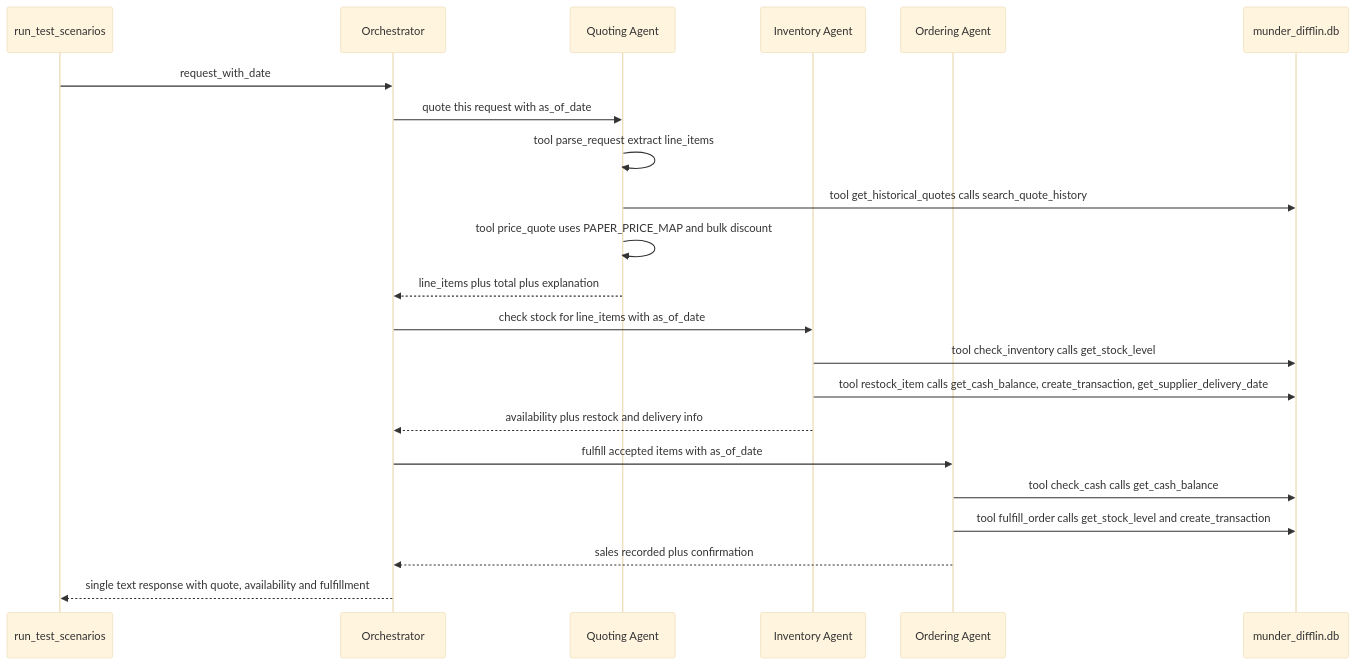
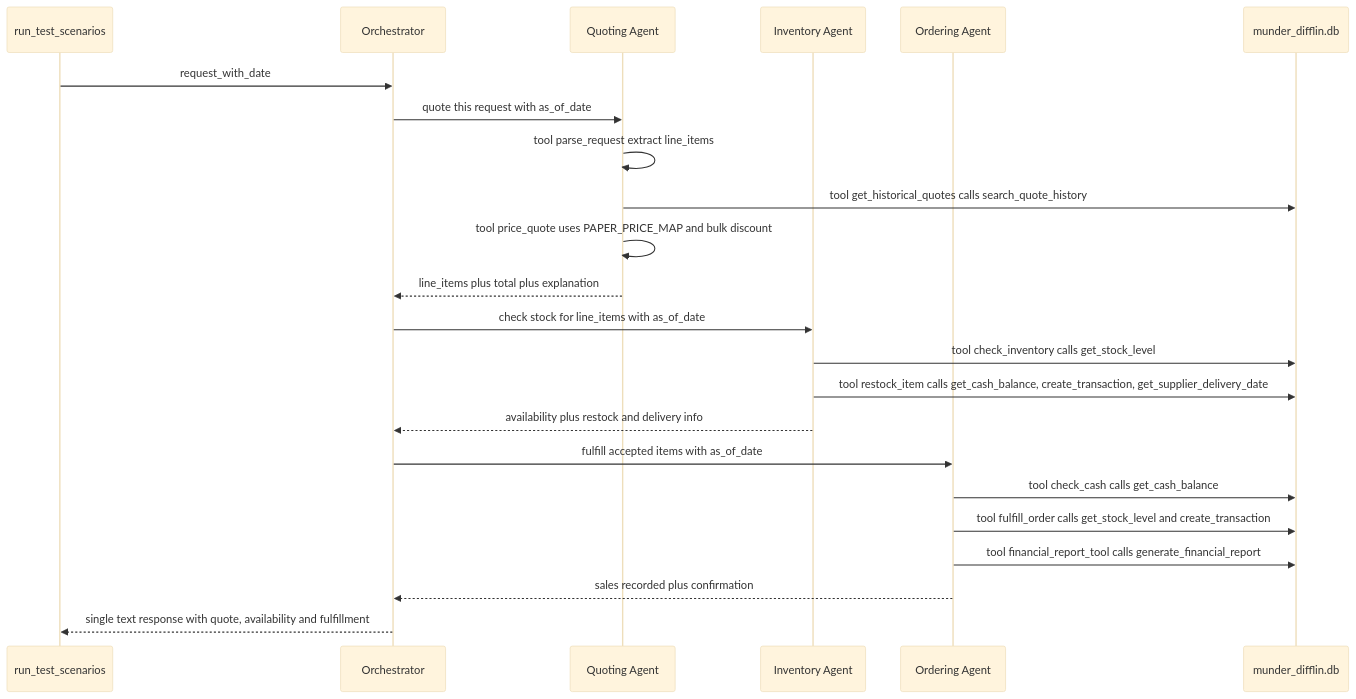
The second of 2 diagrams in workflow_diagram.md (aaronstone007/multi-ai-agent-customer-system), drawn with Mermaid (base theme) before and after one commit. The commit also changed other lines of this file and 3 other files, not shown here.

````diff
--- a/workflow_diagram.md
+++ b/workflow_diagram.md
@@ -51,25 +53,26 @@
 ```mermaid
 sequenceDiagram
     participant Runner as run_test_scenarios
     participant Orch as Orchestrator
     participant Q as Quoting Agent
     participant Inv as Inventory Agent
     participant Ord as Ordering Agent
     participant DB as munder_difflin.db
 
     Runner->>Orch: request_with_date
     Orch->>Q: quote this request with as_of_date
     Q->>Q: tool parse_request extract line_items
     Q->>DB: tool get_historical_quotes calls search_quote_history
     Q->>Q: tool price_quote uses PAPER_PRICE_MAP and bulk discount
     Q-->>Orch: line_items plus total plus explanation
     Orch->>Inv: check stock for line_items with as_of_date
     Inv->>DB: tool check_inventory calls get_stock_level
     Inv->>DB: tool restock_item calls get_cash_balance, create_transaction, get_supplier_delivery_date
     Inv-->>Orch: availability plus restock and delivery info
     Orch->>Ord: fulfill accepted items with as_of_date
     Ord->>DB: tool check_cash calls get_cash_balance
     Ord->>DB: tool fulfill_order calls get_stock_level and create_transaction
+    Ord->>DB: tool financial_report_tool calls generate_financial_report
     Ord-->>Orch: sales recorded plus confirmation
     Orch-->>Runner: single text response with quote, availability and fulfillment
 ```
````
